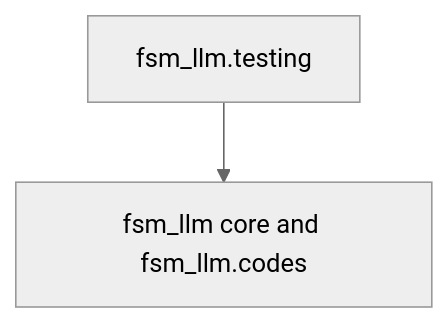
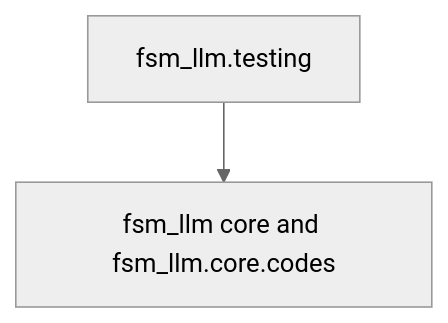
Before and after one commit to NikolasMarkou/fsm_llm: the diagram in src/fsm_llm/testing/AGENTS.md, drawn with Mermaid (neutral theme). The commit also changed other lines of this file and 74 other files, not shown here.

First line of the commit message:
[plan-2026-11-12-d454fd62/iter-1/step-70] refactor(core): move codes, schema, state kinds and transition evaluator

````diff
--- a/src/fsm_llm/testing/AGENTS.md
+++ b/src/fsm_llm/testing/AGENTS.md
@@ -13,4 +13,4 @@
 ```mermaid
 flowchart TD
-    testing[fsm_llm.testing] --> core[fsm_llm core and fsm_llm.codes]
+    testing[fsm_llm.testing] --> core[fsm_llm core and fsm_llm.core.codes]
 ```
````
